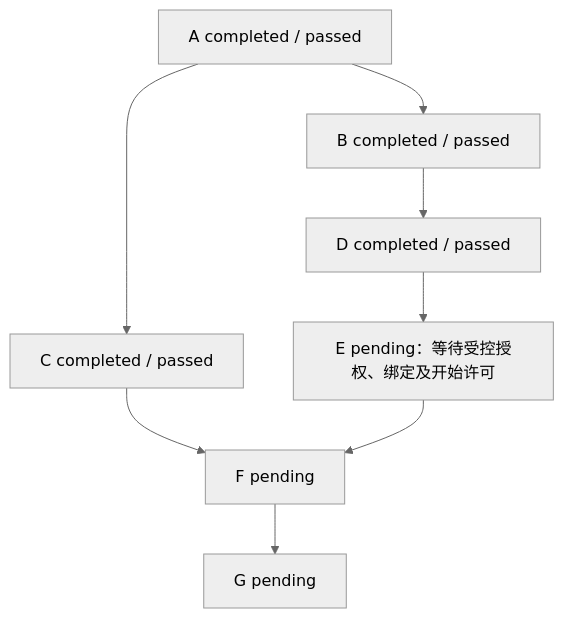
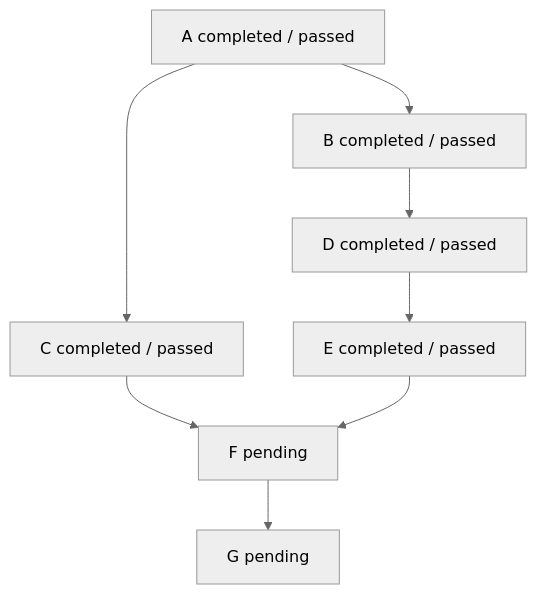
Before and after one commit to WuwuZhang0019/Codex-task-monitoring: the second of 2 diagrams in docs/03_轻量路线工作台/00_执行入口/01_当前执行台账_2026-11-10.md, drawn with Mermaid (neutral theme). The commit also changed other lines of this file and 5 other files, not shown here.

````diff
--- a/docs/03_轻量路线工作台/00_执行入口/01_当前执行台账_2026-11-10.md
+++ b/docs/03_轻量路线工作台/00_执行入口/01_当前执行台账_2026-11-10.md
@@ -306,10 +308,10 @@
 ```mermaid
 flowchart TD
     A[A completed / passed] --> B[B completed / passed]
     A --> C[C completed / passed]
     B --> D[D completed / passed]
-    D --> E[E pending：等待受控授权、绑定及开始许可]
+    D --> E[E completed / passed]
     C --> F[F pending]
     E --> F
     F --> G[G pending]
 ```
````
